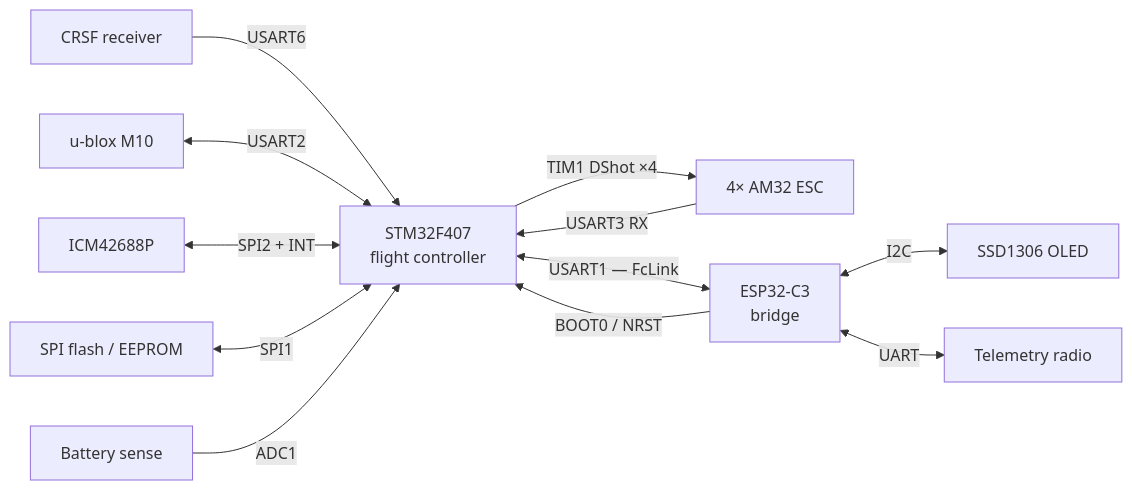
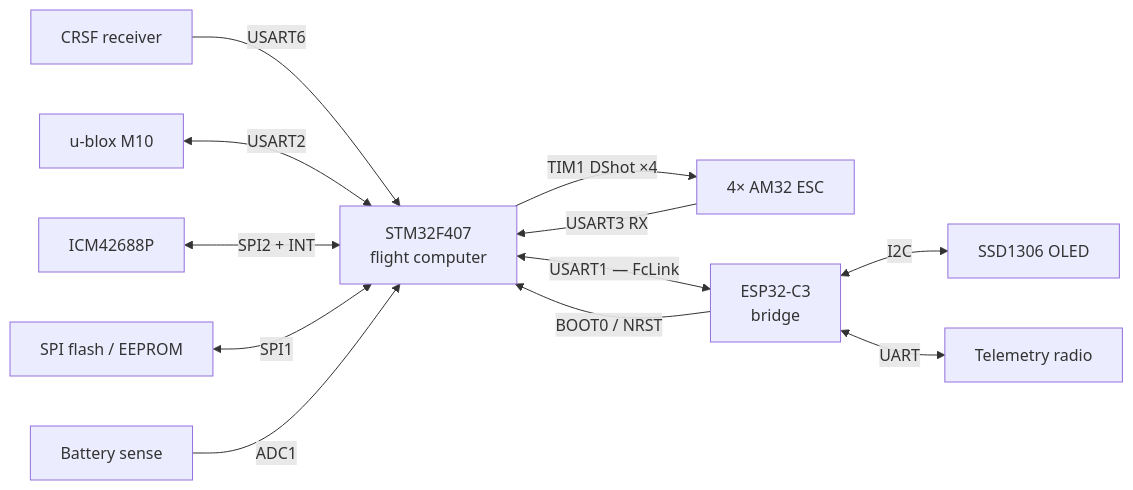
The diagram in docs/build/wiring.md (alirezazd/32raven), drawn with Mermaid before and after one commit. The commit also changed other lines of this file and 22 other files, not shown here.

````diff
--- a/docs/build/wiring.md
+++ b/docs/build/wiring.md
@@ -29,14 +25,14 @@
 ```mermaid
 flowchart LR
   RC[CRSF receiver] -->|USART6| STM
   GPS[u-blox M10] <-->|USART2| STM
   IMU[ICM42688P] <-->|SPI2 + INT| STM
   FLASH[SPI flash / EEPROM] <-->|SPI1| STM
-  STM[STM32F407<br/>flight controller] -->|TIM1 DShot ×4| ESC[4× AM32 ESC]
+  STM[STM32F407<br/>flight computer] -->|TIM1 DShot ×4| ESC[4× AM32 ESC]
   ESC -->|USART3 RX| STM
   BATT[Battery sense] -->|ADC1| STM
   STM <-->|USART1 — FcLink| ESP[ESP32-C3<br/>bridge]
   ESP -->|BOOT0 / NRST| STM
   ESP <-->|I2C| OLED[SSD1306 OLED]
   ESP <-->|UART| TELEM[Telemetry radio]
 ```
````
